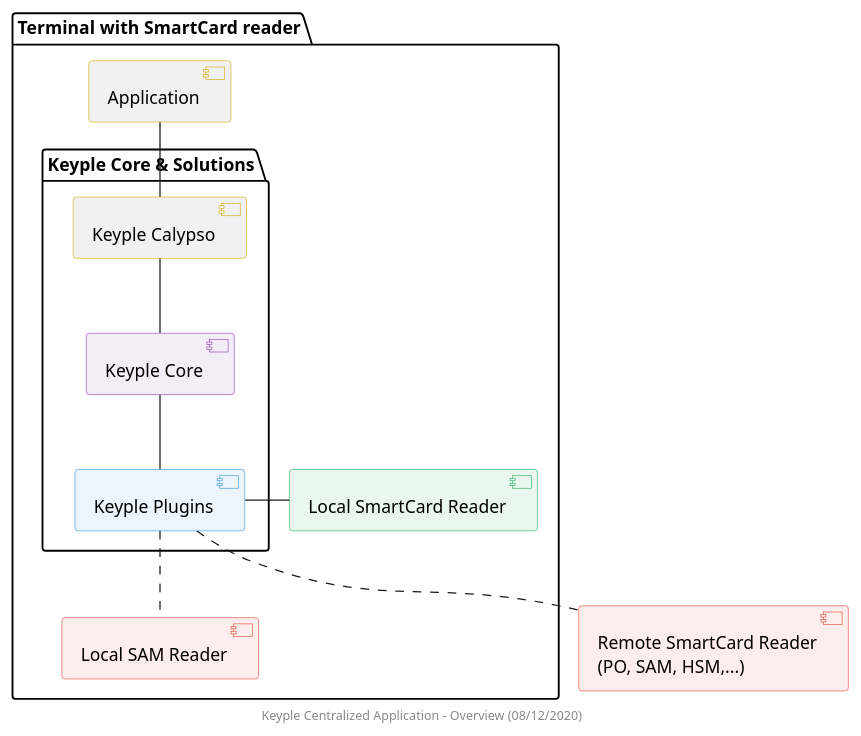
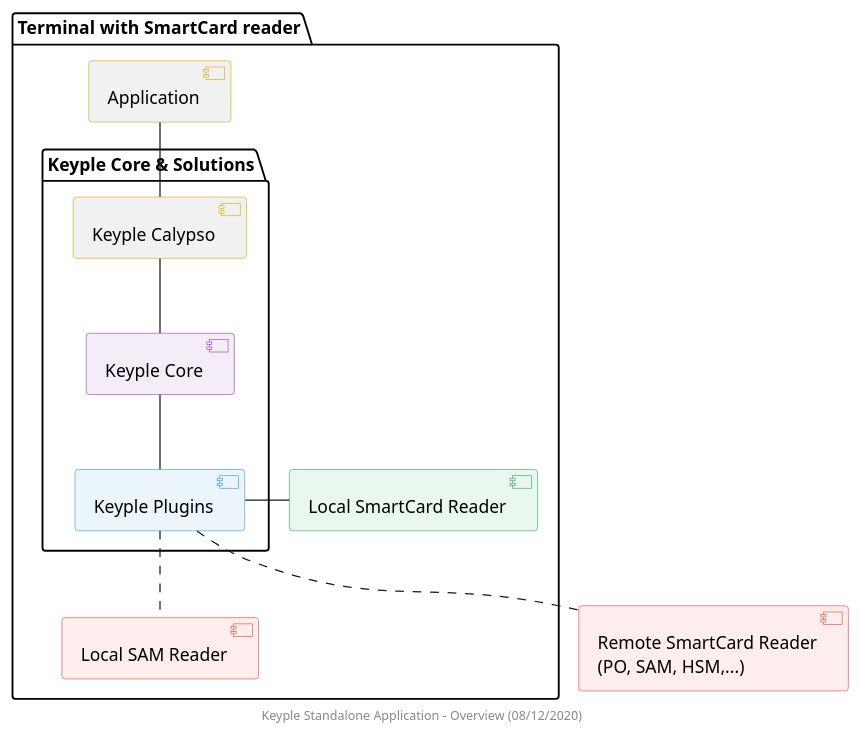
The diagram in media/calypso-app-development/component/Local_Component_Overview.puml (yvonneyam/keyple-website), drawn with PlantUML before and after one commit. The commit also changed 23 other files, not shown here.

```diff
--- a/media/calypso-app-development/component/Local_Component_Overview.puml
+++ b/media/calypso-app-development/component/Local_Component_Overview.puml
@@ -1,56 +1,56 @@
 @startuml
 footer
-    Keyple Centralized Application - Overview (08/12/2020)
+    Keyple Standalone Application - Overview (08/12/2020)
 end footer
 
 ' == THEME ==
 
 'Couleurs issues de : https://htmlcolorcodes.com/fr/tableau-de-couleur/tableau-de-couleur-design-plat/
 skinparam Shadowing false
 skinparam component {
     BorderColor #D4AC0D
     ' Red
     BackgroundColor<<red>> #FDEDEC
     BorderColor<<red>> #E74C3C
     ' Purple
     BackgroundColor<<purple>> #F4ECF7
     BorderColor<<purple>> #8E44AD
     ' blue
     BackgroundColor<<blue>> #EBF5FB
     BorderColor<<blue>> #3498DB
     ' Green
     BackgroundColor<<green>> #E9F7EF
     BorderColor<<green>> #27AE60
     ' Grey
     BackgroundColor<<grey>> #EAECEE
     BorderColor<<grey>> #2C3E50
 }
 hide <<red>> stereotype
 hide <<purple>> stereotype
 hide <<blue>> stereotype
 hide <<green>> stereotype
 hide <<grey>> stereotype
 
 ' == CONTENT ==
 
 [Remote SmartCard Reader\n(PO, SAM, HSM,...)] as reader <<red>>
 
 package "Terminal with SmartCard reader" {
     [Application] as appA
         package "Keyple Core & Solutions" as keypleCoreSolution {
             [Keyple Plugins] as keyplePlugin <<blue>>
             [Keyple Core] as keypleCore <<purple>>
             [Keyple Calypso] as keypleCalypso
         }
     [Local SmartCard Reader] as deviceCardReader <<green>>
     [Local SAM Reader] as localReader <<red>>
 }
 
 appA -- keypleCalypso
 keypleCalypso -- keypleCore
 keypleCore -- keyplePlugin
 keyplePlugin .. localReader
 deviceCardReader - keyplePlugin
 keyplePlugin .. reader
 
 @enduml
```
